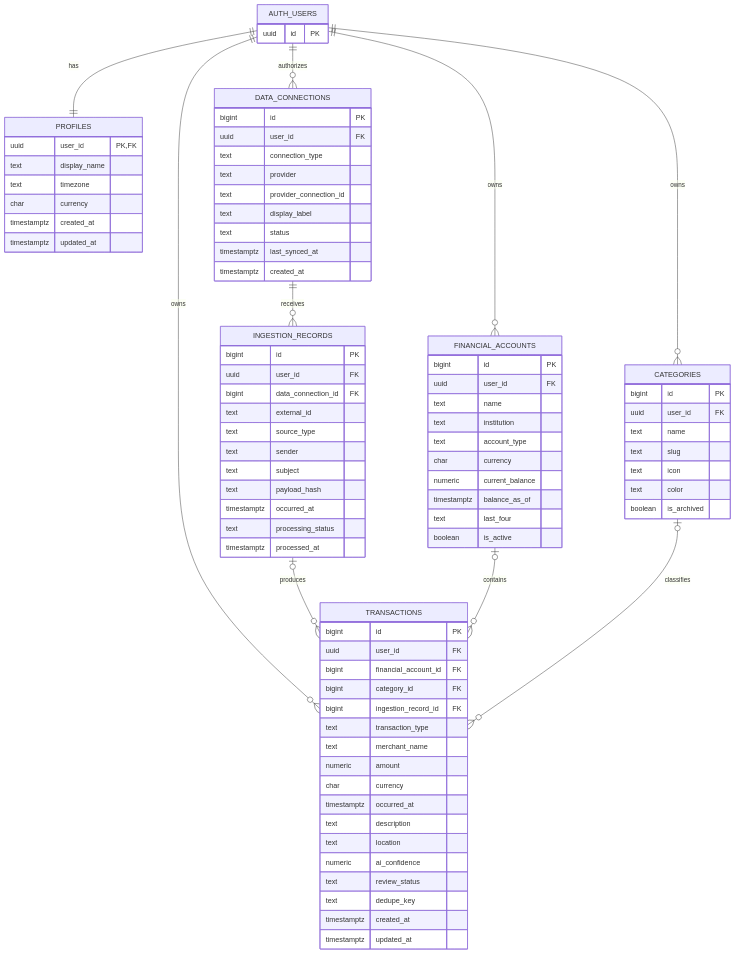
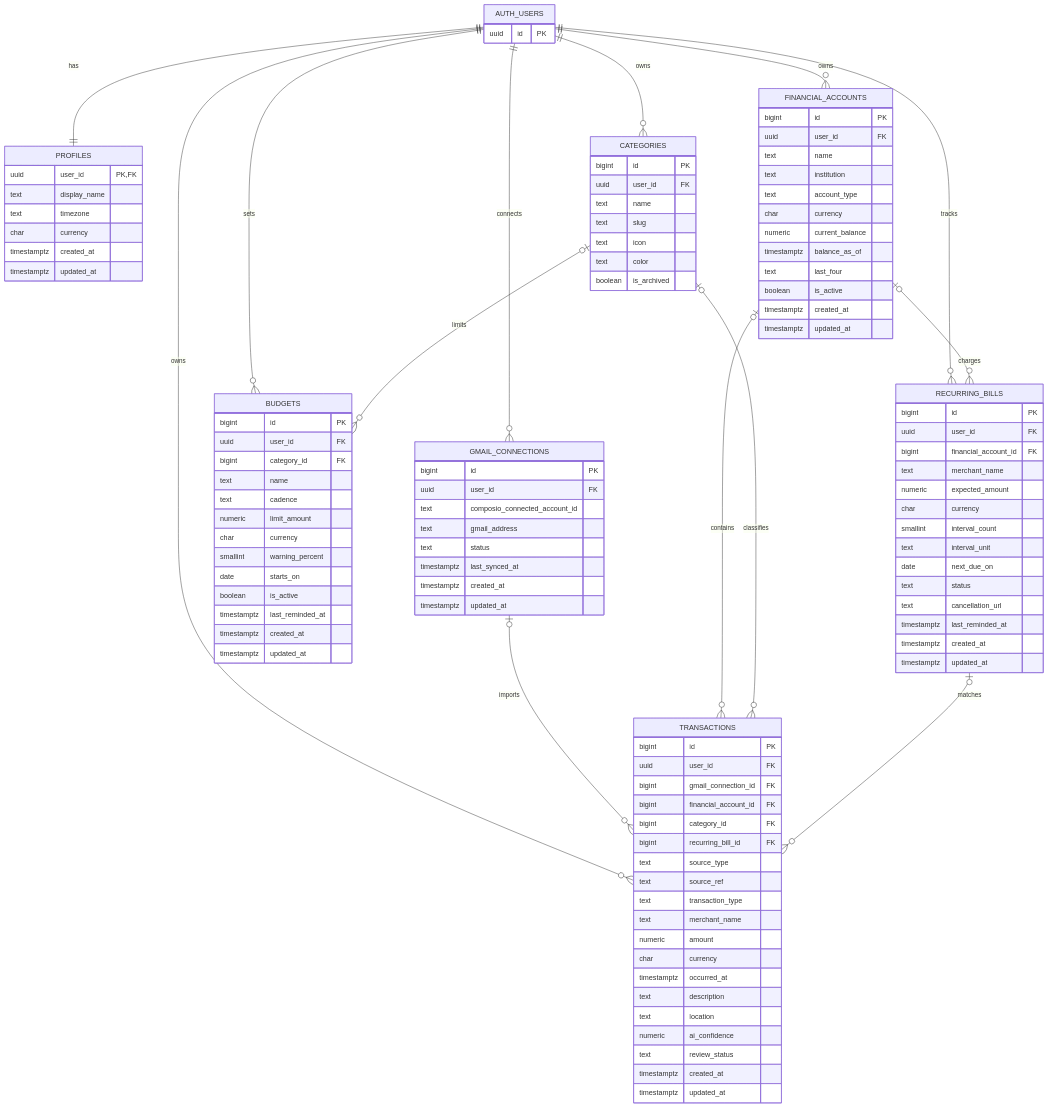
Before and after one commit to ZoeMohamed/Monara: the second of 2 diagrams in docs/erd.md, drawn with Mermaid. The commit also changed other lines of this file, not shown here.

Commit message:
docs(db): simplify ERD for hackathon

````diff
--- a/docs/erd.md
+++ b/docs/erd.md
@@ -13,14 +39,19 @@
 ```mermaid
 erDiagram
     AUTH_USERS ||--|| PROFILES : has
+    AUTH_USERS ||--o{ GMAIL_CONNECTIONS : connects
+    AUTH_USERS ||--o{ FINANCIAL_ACCOUNTS : owns
     AUTH_USERS ||--o{ CATEGORIES : owns
-    AUTH_USERS ||--o{ FINANCIAL_ACCOUNTS : owns
-    AUTH_USERS ||--o{ DATA_CONNECTIONS : authorizes
     AUTH_USERS ||--o{ TRANSACTIONS : owns
-    DATA_CONNECTIONS ||--o{ INGESTION_RECORDS : receives
-    INGESTION_RECORDS o|--o{ TRANSACTIONS : produces
+    AUTH_USERS ||--o{ BUDGETS : sets
+    AUTH_USERS ||--o{ RECURRING_BILLS : tracks
+
+    GMAIL_CONNECTIONS o|--o{ TRANSACTIONS : imports
     FINANCIAL_ACCOUNTS o|--o{ TRANSACTIONS : contains
+    FINANCIAL_ACCOUNTS o|--o{ RECURRING_BILLS : charges
     CATEGORIES o|--o{ TRANSACTIONS : classifies
+    CATEGORIES o|--o{ BUDGETS : limits
+    RECURRING_BILLS o|--o{ TRANSACTIONS : matches
 
     AUTH_USERS {
         uuid id PK
@@ -35,14 +66,15 @@
         timestamptz updated_at
     }
 
-    CATEGORIES {
+    GMAIL_CONNECTIONS {
         bigint id PK
         uuid user_id FK
-        text name
-        text slug
-        text icon
-        text color
-        boolean is_archived
+        text composio_connected_account_id
+        text gmail_address
+        text status
+        timestamptz last_synced_at
+        timestamptz created_at
+        timestamptz updated_at
     }
 
     FINANCIAL_ACCOUNTS {
@@ -56,40 +88,29 @@
         timestamptz balance_as_of
         text last_four
         boolean is_active
+        timestamptz created_at
+        timestamptz updated_at
     }
 
-    DATA_CONNECTIONS {
+    CATEGORIES {
         bigint id PK
         uuid user_id FK
-        text connection_type
-        text provider
-        text provider_connection_id
-        text display_label
-        text status
-        timestamptz last_synced_at
-        timestamptz created_at
-    }
-
-    INGESTION_RECORDS {
-        bigint id PK
-        uuid user_id FK
-        bigint data_connection_id FK
-        text external_id
-        text source_type
-        text sender
-        text subject
-        text payload_hash
-        timestamptz occurred_at
-        text processing_status
-        timestamptz processed_at
+        text name
+        text slug
+        text icon
+        text color
+        boolean is_archived
     }
 
     TRANSACTIONS {
         bigint id PK
         uuid user_id FK
+        bigint gmail_connection_id FK
         bigint financial_account_id FK
         bigint category_id FK
-        bigint ingestion_record_id FK
+        bigint recurring_bill_id FK
+        text source_type
+        text source_ref
         text transaction_type
         text merchant_name
         numeric amount
@@ -99,7 +120,39 @@
         text location
         numeric ai_confidence
         text review_status
-        text dedupe_key
+        timestamptz created_at
+        timestamptz updated_at
+    }
+
+    BUDGETS {
+        bigint id PK
+        uuid user_id FK
+        bigint category_id FK
+        text name
+        text cadence
+        numeric limit_amount
+        char currency
+        smallint warning_percent
+        date starts_on
+        boolean is_active
+        timestamptz last_reminded_at
+        timestamptz created_at
+        timestamptz updated_at
+    }
+
+    RECURRING_BILLS {
+        bigint id PK
+        uuid user_id FK
+        bigint financial_account_id FK
+        text merchant_name
+        numeric expected_amount
+        char currency
+        smallint interval_count
+        text interval_unit
+        date next_due_on
+        text status
+        text cancellation_url
+        timestamptz last_reminded_at
         timestamptz created_at
         timestamptz updated_at
     }
````
